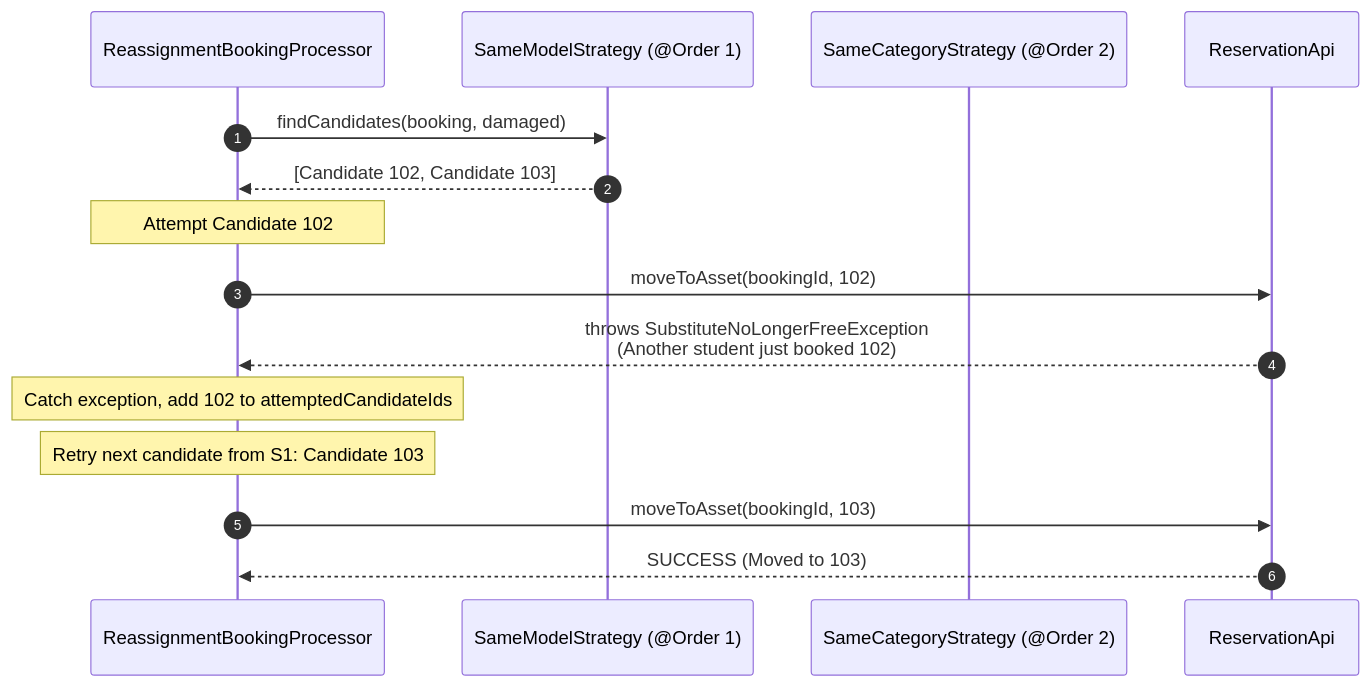
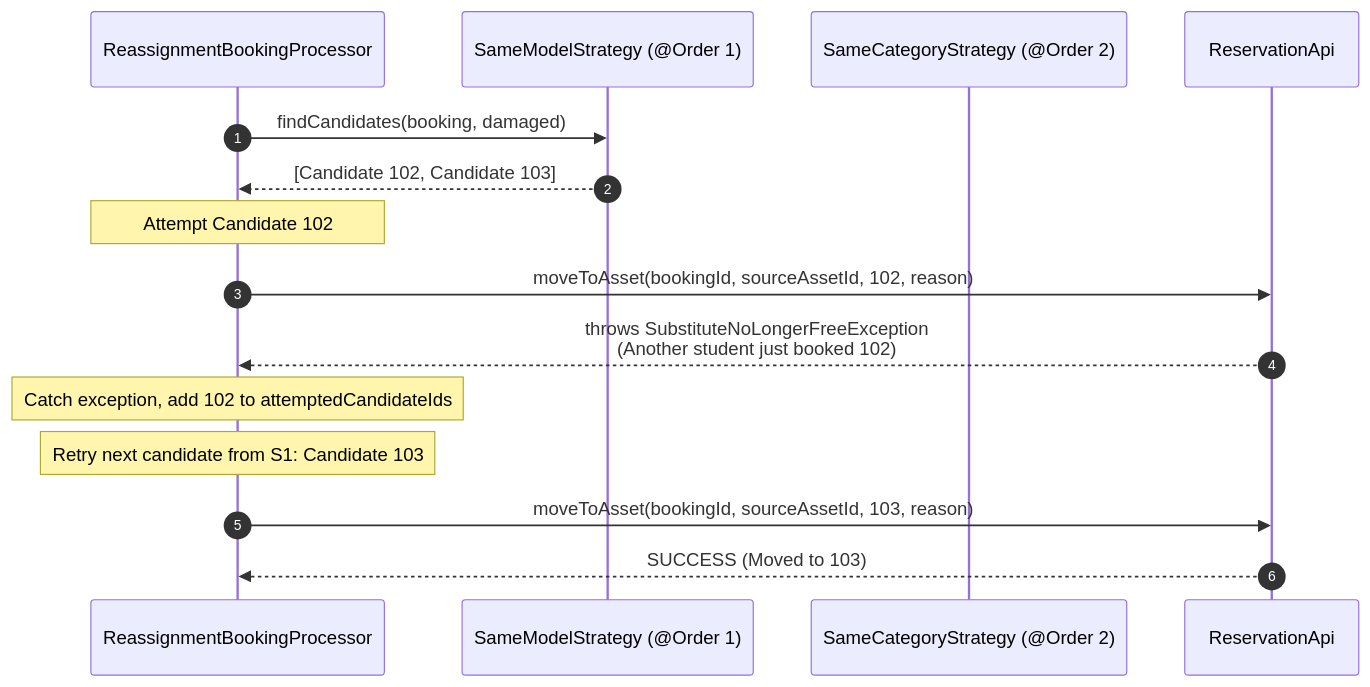
Before and after one commit to FundamenteleInginerieiSoftware/campus-hub: the second of 2 diagrams in docs/patterns/strategy-pattern.md, drawn with Mermaid. The commit also changed other lines of this file and 13 other files, not shown here.

````diff
--- a/docs/patterns/strategy-pattern.md
+++ b/docs/patterns/strategy-pattern.md
@@ -274,20 +274,20 @@
 ```mermaid
 sequenceDiagram
     autonumber
     participant Engine as ReassignmentBookingProcessor
     participant S1 as SameModelStrategy (@Order 1)
     participant S2 as SameCategoryStrategy (@Order 2)
     participant Res as ReservationApi
 
     Engine->>S1: findCandidates(booking, damaged)
     S1-->>Engine: [Candidate 102, Candidate 103]
 
     Note over Engine: Attempt Candidate 102
-    Engine->>Res: moveToAsset(bookingId, 102)
+    Engine->>Res: moveToAsset(bookingId, sourceAssetId, 102, reason)
     Res-->>Engine: throws SubstituteNoLongerFreeException<br/>(Another student just booked 102)
 
     Note over Engine: Catch exception, add 102 to attemptedCandidateIds
     Note over Engine: Retry next candidate from S1: Candidate 103
-    Engine->>Res: moveToAsset(bookingId, 103)
+    Engine->>Res: moveToAsset(bookingId, sourceAssetId, 103, reason)
     Res-->>Engine: SUCCESS (Moved to 103)
 ```
````
